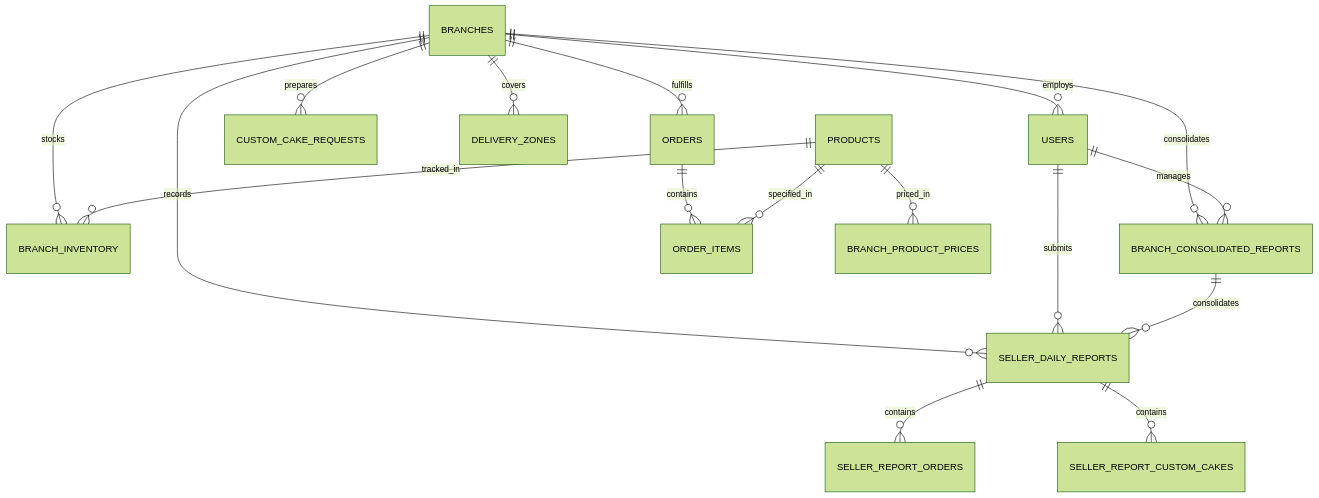
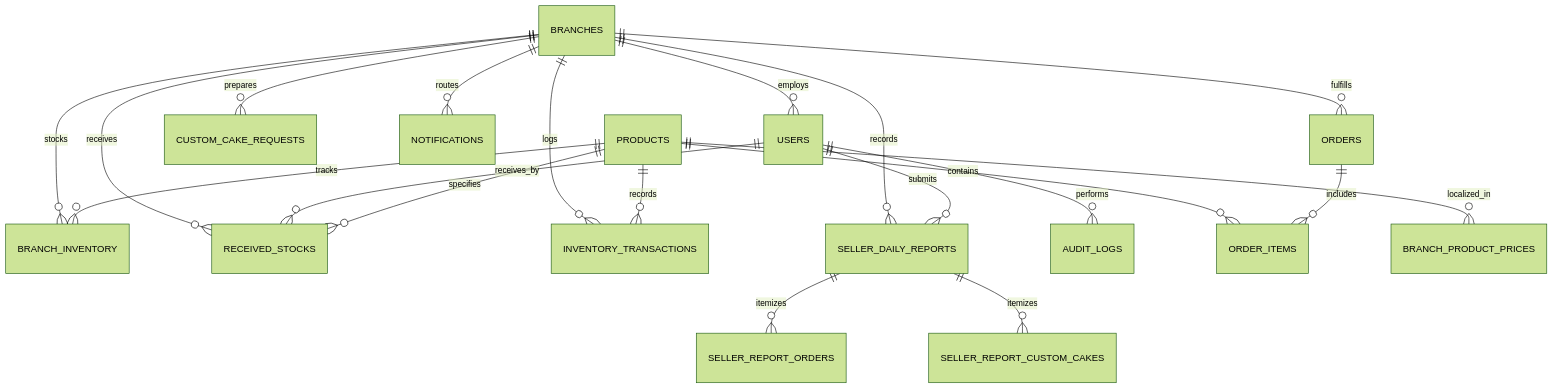
The eighth of 8 diagrams in SYSTEM_DOCUMENTATION.md (niga-star/Kenean-Cake-and-bread-), drawn with Mermaid (forest theme) before and after one commit. The commit also changed other lines of this file and 3 other files, not shown here.

````diff
--- a/SYSTEM_DOCUMENTATION.md
+++ b/SYSTEM_DOCUMENTATION.md
@@ -328,22 +378,25 @@
 ```mermaid
 erDiagram
     BRANCHES ||--o{ USERS : employs
     BRANCHES ||--o{ BRANCH_INVENTORY : stocks
+    BRANCHES ||--o{ RECEIVED_STOCKS : receives
+    BRANCHES ||--o{ INVENTORY_TRANSACTIONS : logs
     BRANCHES ||--o{ ORDERS : fulfills
     BRANCHES ||--o{ CUSTOM_CAKE_REQUESTS : prepares
     BRANCHES ||--o{ SELLER_DAILY_REPORTS : records
-    BRANCHES ||--o{ BRANCH_CONSOLIDATED_REPORTS : consolidates
-    BRANCHES ||--o{ DELIVERY_ZONES : covers
+    BRANCHES ||--o{ NOTIFICATIONS : routes
 
     USERS ||--o{ SELLER_DAILY_REPORTS : submits
-    USERS ||--o{ BRANCH_CONSOLIDATED_REPORTS : manages
+    USERS ||--o{ RECEIVED_STOCKS : receives_by
+    USERS ||--o{ AUDIT_LOGS : performs
 
-    SELLER_DAILY_REPORTS ||--o{ SELLER_REPORT_ORDERS : contains
-    SELLER_DAILY_REPORTS ||--o{ SELLER_REPORT_CUSTOM_CAKES : contains
-    BRANCH_CONSOLIDATED_REPORTS ||--o{ SELLER_DAILY_REPORTS : consolidates
+    PRODUCTS ||--o{ ORDER_ITEMS : contains
+    PRODUCTS ||--o{ BRANCH_INVENTORY : tracks
+    PRODUCTS ||--o{ RECEIVED_STOCKS : specifies
+    PRODUCTS ||--o{ INVENTORY_TRANSACTIONS : records
+    PRODUCTS ||--o{ BRANCH_PRODUCT_PRICES : localized_in
 
-    ORDERS ||--o{ ORDER_ITEMS : contains
-    PRODUCTS ||--o{ ORDER_ITEMS : specified_in
-    PRODUCTS ||--o{ BRANCH_INVENTORY : tracked_in
-    PRODUCTS ||--o{ BRANCH_PRODUCT_PRICES : priced_in
+    ORDERS ||--o{ ORDER_ITEMS : includes
+    SELLER_DAILY_REPORTS ||--o{ SELLER_REPORT_ORDERS : itemizes
+    SELLER_DAILY_REPORTS ||--o{ SELLER_REPORT_CUSTOM_CAKES : itemizes
 ```
````
